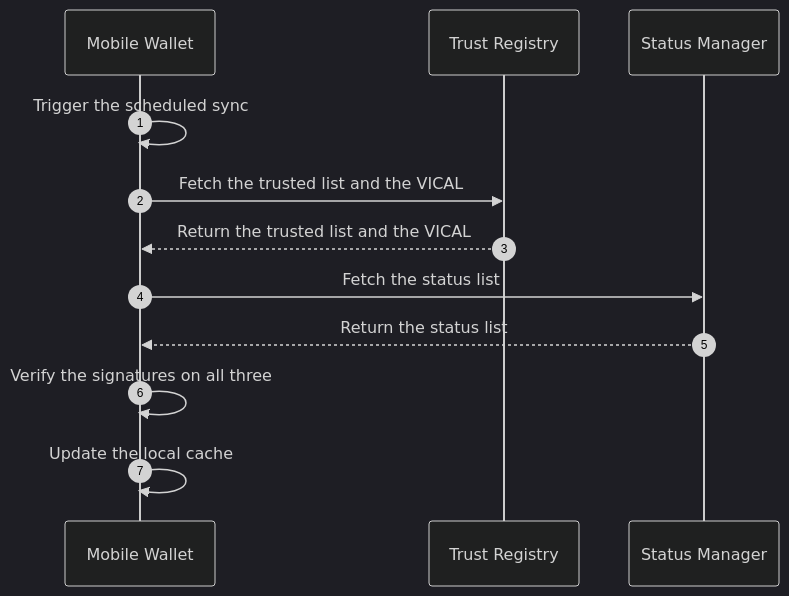
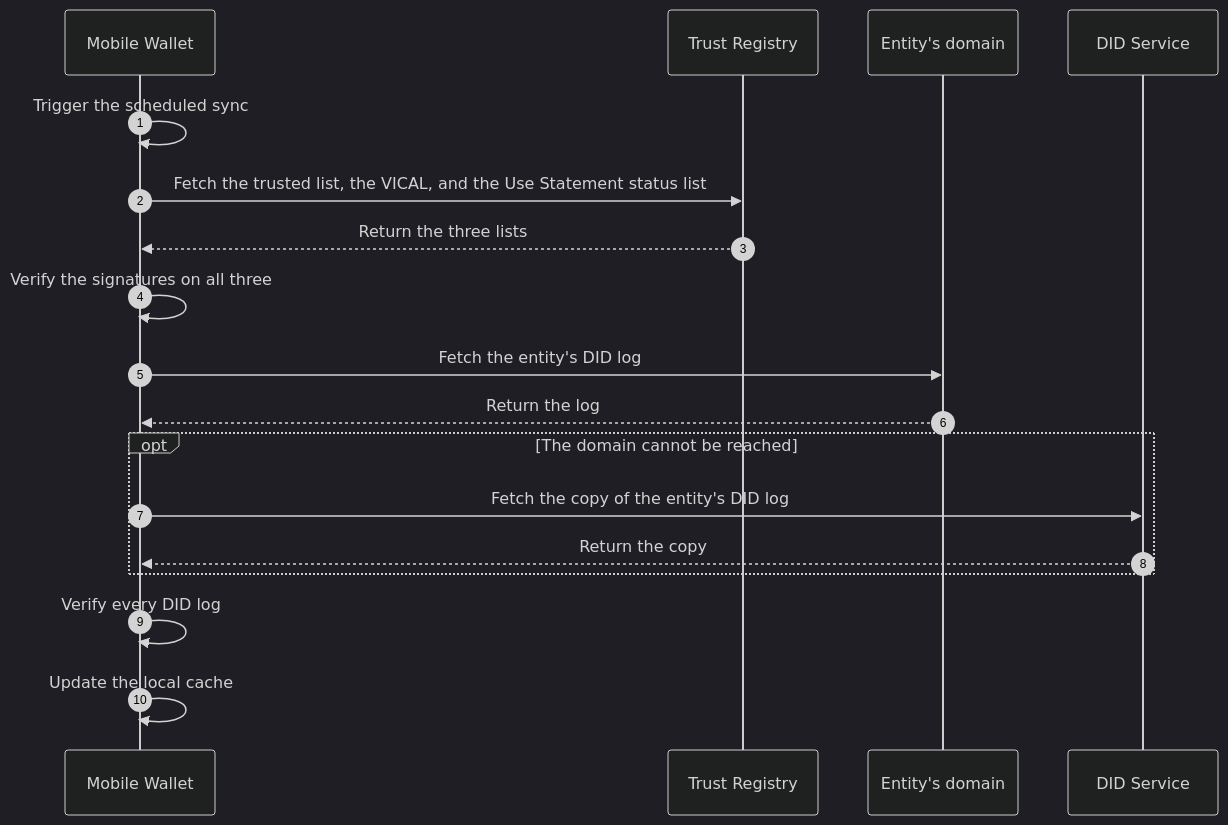
Before and after one commit to id-verifiable-credential-dev/id-doc-idctf: the sixth of 14 diagrams in docs/architecture-framework/high-level-architecture/flows-per-use-case.md, drawn with Mermaid (dark theme). The commit also changed other lines of this file and 87 other files, not shown here.

````diff
--- a/docs/architecture-framework/high-level-architecture/flows-per-use-case.md
+++ b/docs/architecture-framework/high-level-architecture/flows-per-use-case.md
@@ -351,14 +437,20 @@
 ```mermaid
 sequenceDiagram
     autonumber
     participant MW as Mobile Wallet
     participant TR as Trust Registry
-    participant SM as Status Manager
+    participant Dom as Entity's domain
+    participant DID as DID Service
     MW->>MW: Trigger the scheduled sync
-    MW->>TR: Fetch the trusted list and the VICAL
-    TR-->>MW: Return the trusted list and the VICAL
-    MW->>SM: Fetch the status list
-    SM-->>MW: Return the status list
+    MW->>TR: Fetch the trusted list, the VICAL, and the Use Statement status list
+    TR-->>MW: Return the three lists
     MW->>MW: Verify the signatures on all three
+    MW->>Dom: Fetch the entity's DID log
+    Dom-->>MW: Return the log
+    opt The domain cannot be reached
+        MW->>DID: Fetch the copy of the entity's DID log
+        DID-->>MW: Return the copy
+    end
+    MW->>MW: Verify every DID log
     MW->>MW: Update the local cache
 ```
````
